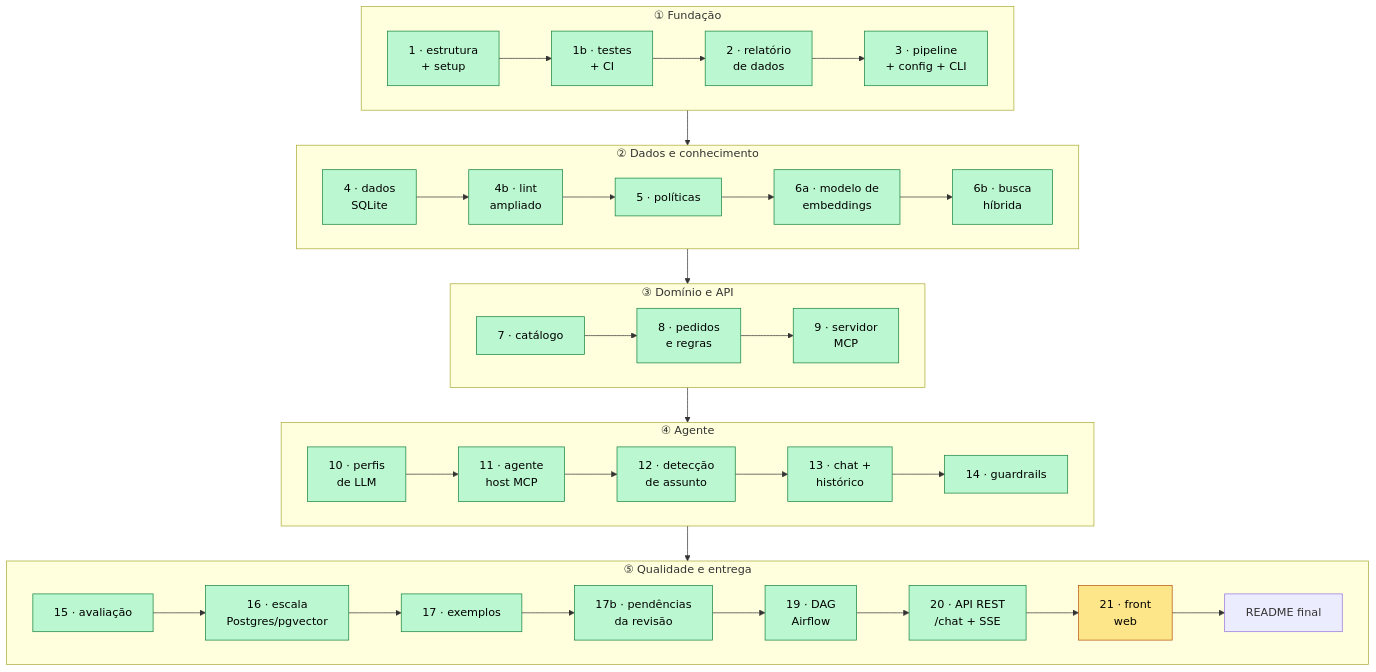
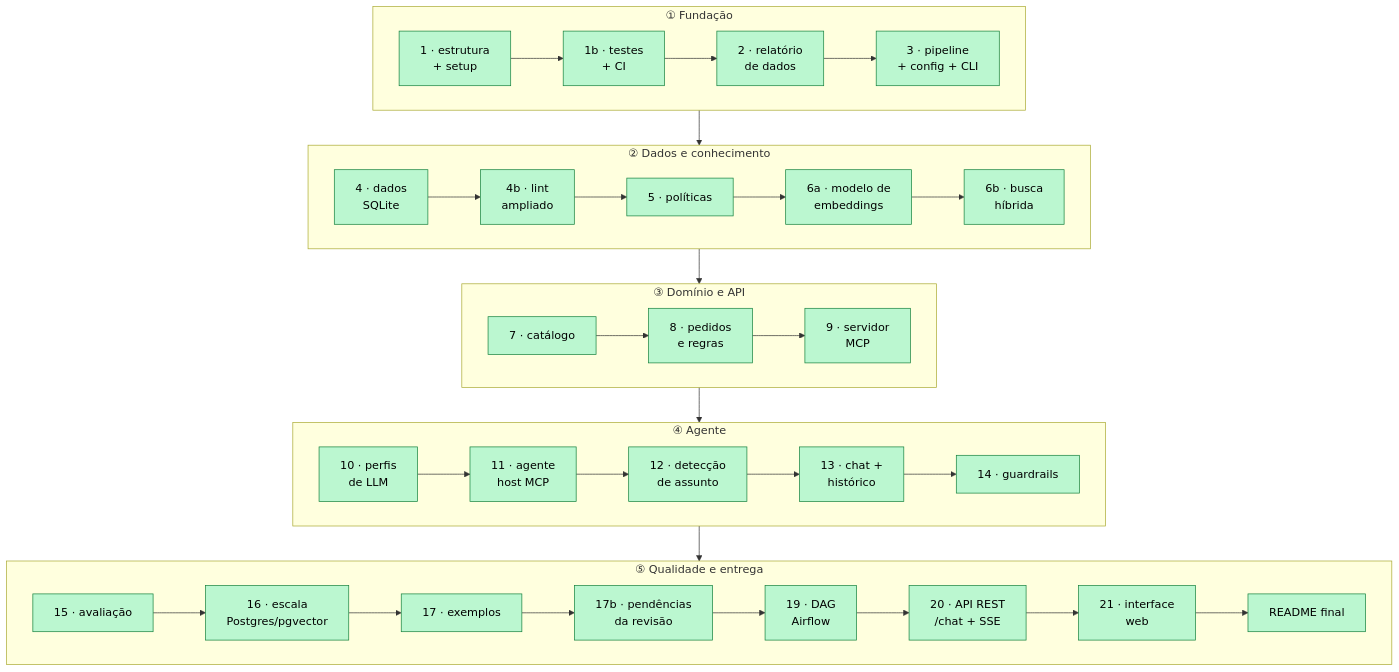
Before and after one commit to RonildoSilva/ai-engineer-challenge: diagram 23 of 23 in README.md, drawn with Mermaid. The commit also changed other lines of this file and 56 other files, not shown here.

First line of the commit message:
feat(ui): interface web em React + Tailwind sobre a API, com tema claro e escuro

````diff
--- a/README.md
+++ b/README.md
@@ -1106,26 +1160,26 @@
 ```mermaid
 flowchart TD
     subgraph F1["① Fundação"]
         direction LR
         C1["1 · estrutura<br/>+ setup"]:::done --> C1b["1b · testes<br/>+ CI"]:::done --> C2["2 · relatório<br/>de dados"]:::done --> C3["3 · pipeline<br/>+ config + CLI"]:::done
     end
     subgraph F2["② Dados e conhecimento"]
         direction LR
         C4["4 · dados<br/>SQLite"]:::done --> C4b["4b · lint<br/>ampliado"]:::done --> C5["5 · políticas"]:::done --> C6a["6a · modelo de<br/>embeddings"]:::done --> C6b["6b · busca<br/>híbrida"]:::done
     end
     subgraph F3["③ Domínio e API"]
         direction LR
         C7["7 · catálogo"]:::done --> C8["8 · pedidos<br/>e regras"]:::done --> C9["9 · servidor<br/>MCP"]:::done
     end
     subgraph F4["④ Agente"]
         direction LR
         C10["10 · perfis<br/>de LLM"]:::done --> C11["11 · agente<br/>host MCP"]:::done --> C12["12 · detecção<br/>de assunto"]:::done --> C13["13 · chat +<br/>histórico"]:::done --> C14["14 · guardrails"]:::done
     end
     subgraph F5["⑤ Qualidade e entrega"]
         direction LR
-        C15["15 · avaliação"]:::done --> C16["16 · escala<br/>Postgres/pgvector"]:::done --> C17["17 · exemplos"]:::done --> C17b["17b · pendências<br/>da revisão"]:::done --> C19["19 · DAG<br/>Airflow"]:::done --> C20["20 · API REST<br/>/chat + SSE"]:::done --> C21["21 · front<br/>web"]:::next --> C18["README final"]
+        C15["15 · avaliação"]:::done --> C16["16 · escala<br/>Postgres/pgvector"]:::done --> C17["17 · exemplos"]:::done --> C17b["17b · pendências<br/>da revisão"]:::done --> C19["19 · DAG<br/>Airflow"]:::done --> C20["20 · API REST<br/>/chat + SSE"]:::done --> C21["21 · interface<br/>web"]:::done --> C18["README final"]:::done
     end
     F1 --> F2 --> F3 --> F4 --> F5
     classDef next fill:#fde68a,stroke:#b45309,color:#000
     classDef done fill:#bbf7d0,stroke:#15803d,color:#000
 ```
````
